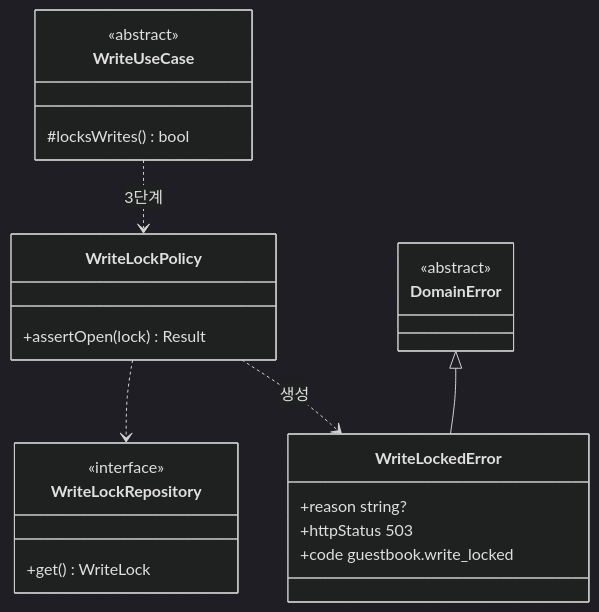
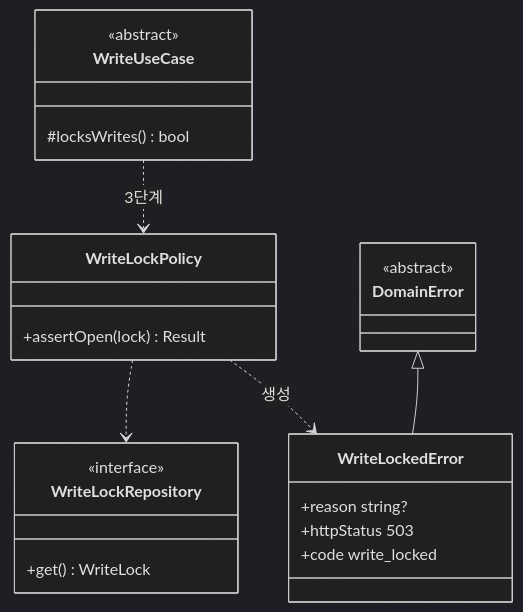
One commit to 1985jwlee/portpolio_backend changed diagram 37 of 41 in docs/design/features/11-guestbook-write.md. Above: the diagram before and after it, drawn with Mermaid (dark theme). The commit also changed other lines of this file and 33 other files, not shown here.

````diff
--- a/docs/design/features/11-guestbook-write.md
+++ b/docs/design/features/11-guestbook-write.md
@@ -1833,26 +1820,26 @@
 ```mermaid
 classDiagram
     class WriteLockPolicy {
         +assertOpen(lock) Result
     }
     class WriteLockedError {
         +reason string?
         +httpStatus 503
-        +code guestbook.write_locked
+        +code write_locked
     }
     class DomainError {
         <<abstract>>
     }
     class WriteUseCase {
         <<abstract>>
         #locksWrites() bool
     }
     class WriteLockRepository {
         <<interface>>
         +get() WriteLock
     }
     DomainError <|-- WriteLockedError
     WriteUseCase ..> WriteLockPolicy : 3단계
     WriteLockPolicy ..> WriteLockRepository
     WriteLockPolicy ..> WriteLockedError : 생성
 ```
````
